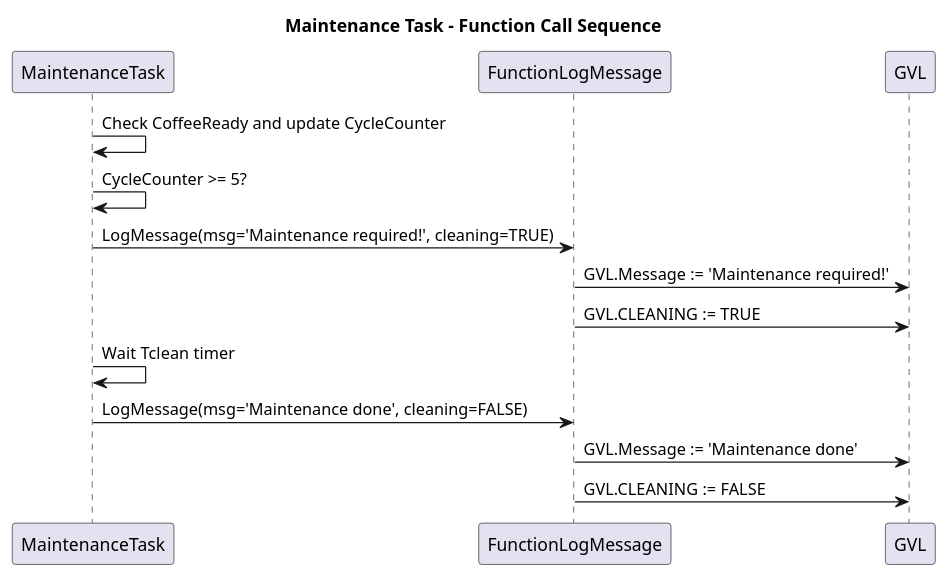
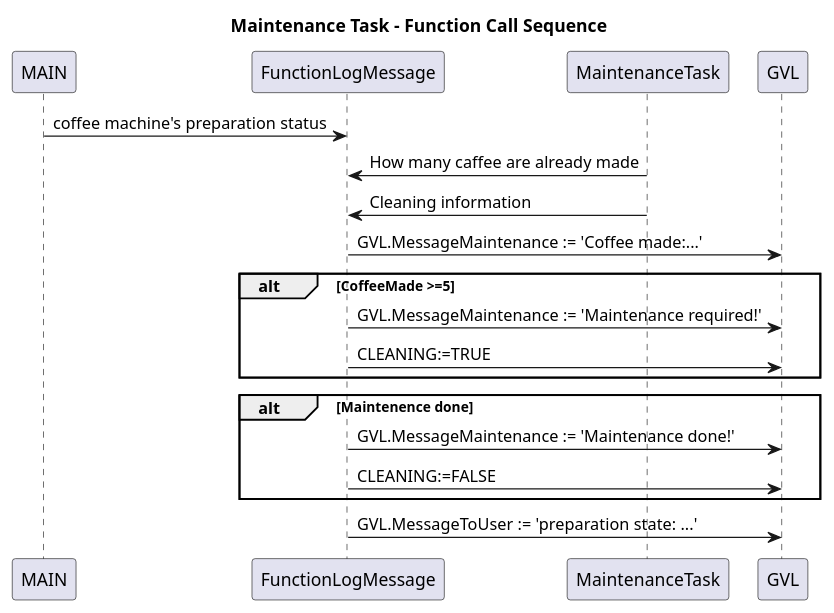
Before and after one commit to MicheleBossini/virtual-PLC: the diagram in mdbook/src/chapter_5.md, drawn with PlantUML. The commit also changed other lines of this file and 3 other files, not shown here.

Commit message:
function diagramm changed

````diff
--- a/mdbook/src/chapter_5.md
+++ b/mdbook/src/chapter_5.md
@@ -3,17 +8,22 @@
 ```plantuml
 @startuml
 title Maintenance Task - Function Call Sequence
 
+MAIN -> FunctionLogMessage : coffee machine's preparation status
+MaintenanceTask -> FunctionLogMessage: How many caffee are already made
+MaintenanceTask -> FunctionLogMessage: Cleaning information
 
-MaintenanceTask -> MaintenanceTask: Check CoffeeReady and update CycleCounter
-MaintenanceTask -> MaintenanceTask: CycleCounter >= 5?
-MaintenanceTask -> FunctionLogMessage: LogMessage(msg='Maintenance required!', cleaning=TRUE)
-FunctionLogMessage -> GVL: GVL.Message := 'Maintenance required!'
-FunctionLogMessage -> GVL: GVL.CLEANING := TRUE
-MaintenanceTask -> MaintenanceTask: Wait Tclean timer
-MaintenanceTask -> FunctionLogMessage: LogMessage(msg='Maintenance done', cleaning=FALSE)
-FunctionLogMessage -> GVL: GVL.Message := 'Maintenance done'
-FunctionLogMessage -> GVL: GVL.CLEANING := FALSE
+FunctionLogMessage -> GVL: GVL.MessageMaintenance := 'Coffee made:...'
+alt CoffeeMade >=5
+FunctionLogMessage -> GVL: GVL.MessageMaintenance := 'Maintenance required!'
+FunctionLogMessage -> GVL: CLEANING:=TRUE
+end
+alt Maintenence done 
+FunctionLogMessage -> GVL: GVL.MessageMaintenance := 'Maintenance done!'
+FunctionLogMessage -> GVL: CLEANING:=FALSE
+end
+FunctionLogMessage -> GVL: GVL.MessageToUser := 'preparation state: ...'
+
 
 @enduml
 ```
````
